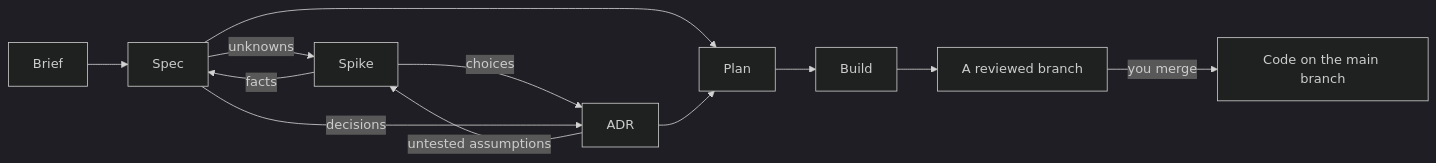
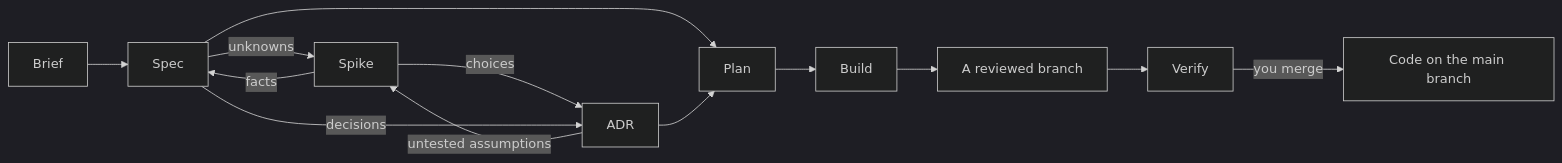
One commit to michaelmarconi/agentic-engineering changed the diagram in README.md. Above: the diagram before and after it, drawn with Mermaid (dark theme). The commit also changed other lines of this file and 8 other files, not shown here.

````diff
--- a/README.md
+++ b/README.md
@@ -109,14 +114,15 @@
 ```mermaid
 flowchart LR
     Brief --> Spec
     Spec -->|unknowns| Spike
     ADR -->|untested assumptions| Spike
     Spike -->|facts| Spec
     Spike -->|choices| ADR
     Spec -->|decisions| ADR
     Spec --> Plan
     ADR --> Plan
     Plan --> Build
     Build --> Branch[A reviewed branch]
-    Branch -->|you merge| Code[Code on the main branch]
+    Branch --> Verify
+    Verify -->|you merge| Code[Code on the main branch]
 ```
````
